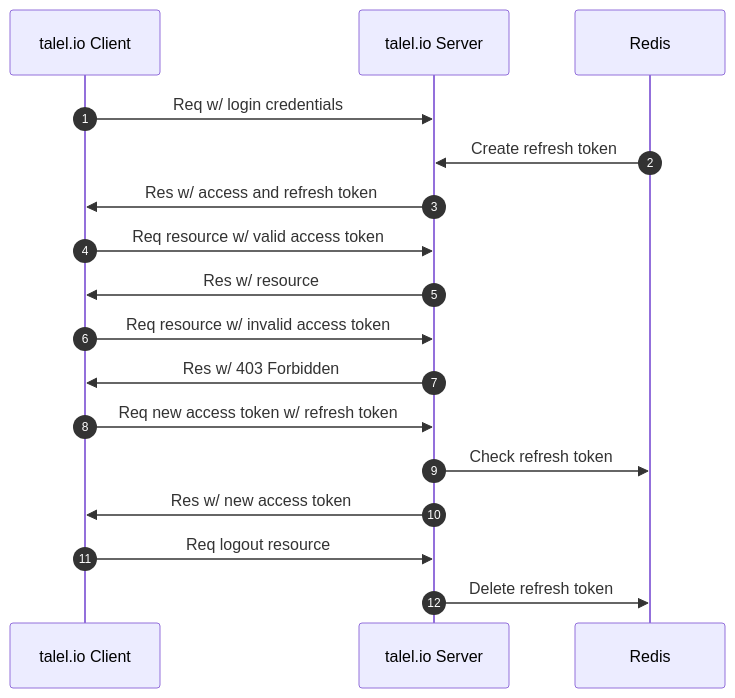
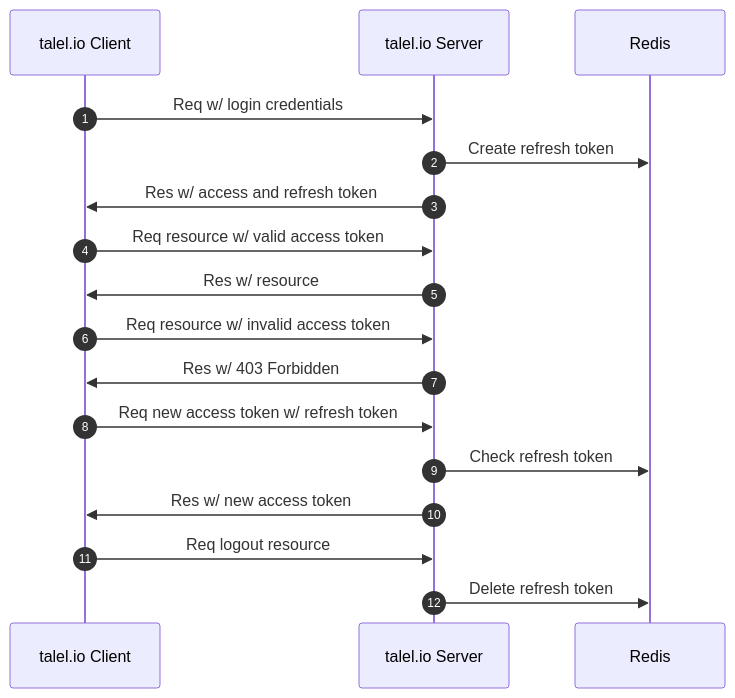
Before and after one commit to taleldayekh/talel.io-backend: the diagram in README.md, drawn with Mermaid. The commit also changed other lines of this file and 3 other files, not shown here.

````diff
--- a/README.md
+++ b/README.md
@@ -9,16 +9,16 @@
 ```mermaid
 sequenceDiagram
   autonumber
   talel.io Client->>talel.io Server: Req w/ login credentials
-  Redis->>talel.io Server: Create refresh token
+  talel.io Server->>Redis: Create refresh token
   talel.io Server->>talel.io Client: Res w/ access and refresh token
   talel.io Client->>talel.io Server: Req resource w/ valid access token
   talel.io Server->>talel.io Client: Res w/ resource
   talel.io Client->>talel.io Server: Req resource w/ invalid access token
   talel.io Server->>talel.io Client: Res w/ 403 Forbidden
   talel.io Client->>talel.io Server: Req new access token w/ refresh token
   talel.io Server->>Redis: Check refresh token
   talel.io Server->>talel.io Client: Res w/ new access token
   talel.io Client->>talel.io Server: Req logout resource
   talel.io Server->>Redis: Delete refresh token
 ```
````
